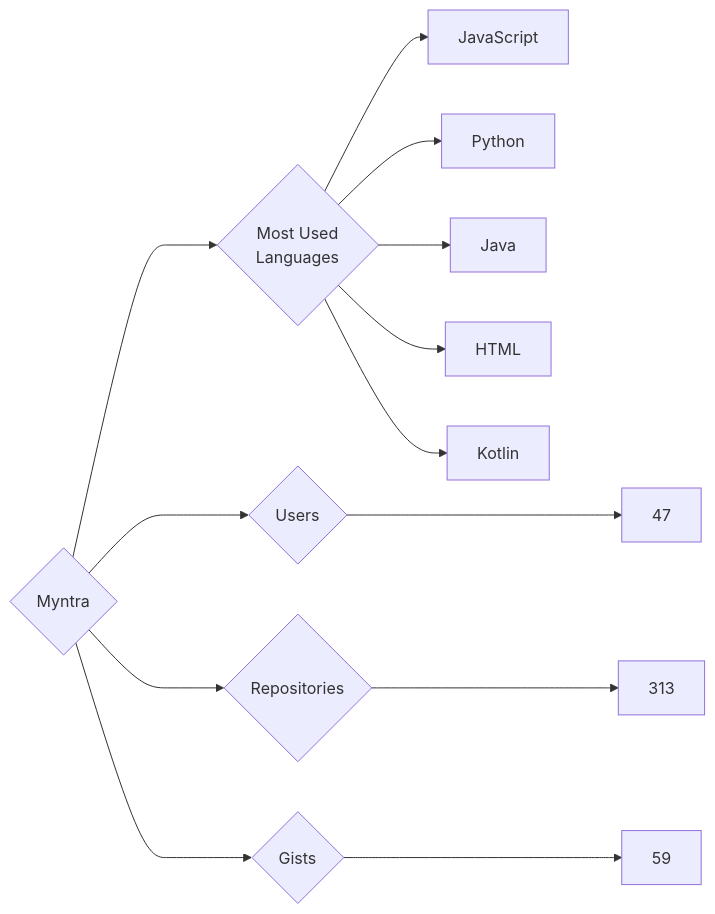
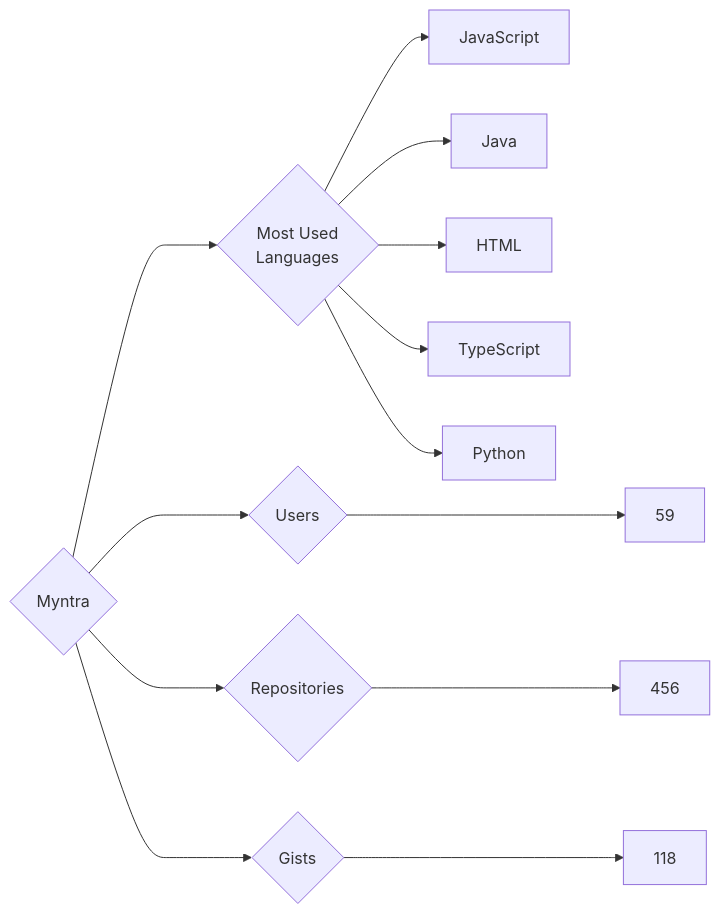
One commit to trickest/insiders changed the diagram in targets/Myntra/README.md. Above: the diagram before and after it, drawn with Mermaid. The commit also changed 871 other files, not shown here.

````diff
--- a/targets/Myntra/README.md
+++ b/targets/Myntra/README.md
@@ -3,13 +3,13 @@
 ```mermaid
 graph LR
 COMPANY_NAME{Myntra}
-COMPANY_NAME ---> U{Users} ---> UN[47]
-COMPANY_NAME ---> R{Repositories} ---> RN[313]
-COMPANY_NAME ---> G{Gists} ---> GN[59]
+COMPANY_NAME ---> U{Users} ---> UN[59]
+COMPANY_NAME ---> R{Repositories} ---> RN[456]
+COMPANY_NAME ---> G{Gists} ---> GN[118]
 COMPANY_NAME ---> ML{Most Used<br>Languages}
 ML --> JavaScript[JavaScript]
-ML --> Python[Python]
 ML --> Java[Java]
 ML --> HTML[HTML]
-ML --> Kotlin[Kotlin]
+ML --> TypeScript[TypeScript]
+ML --> Python[Python]
 ```
````
